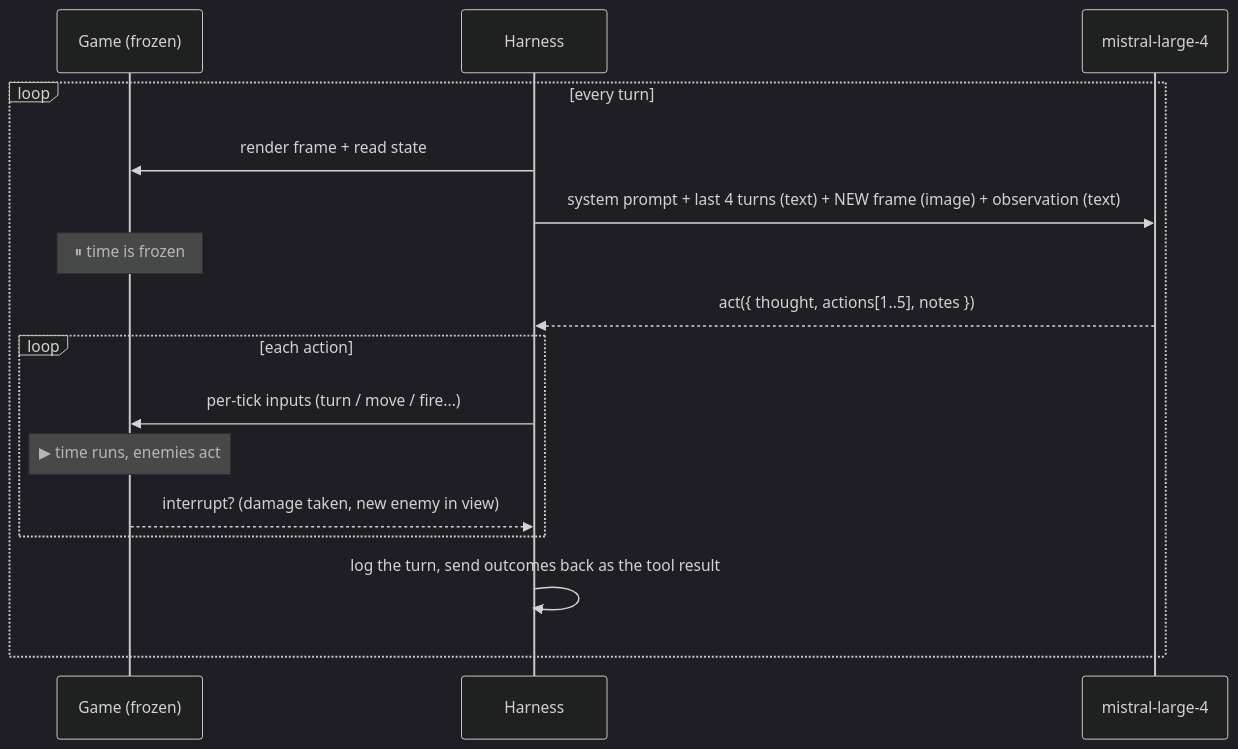
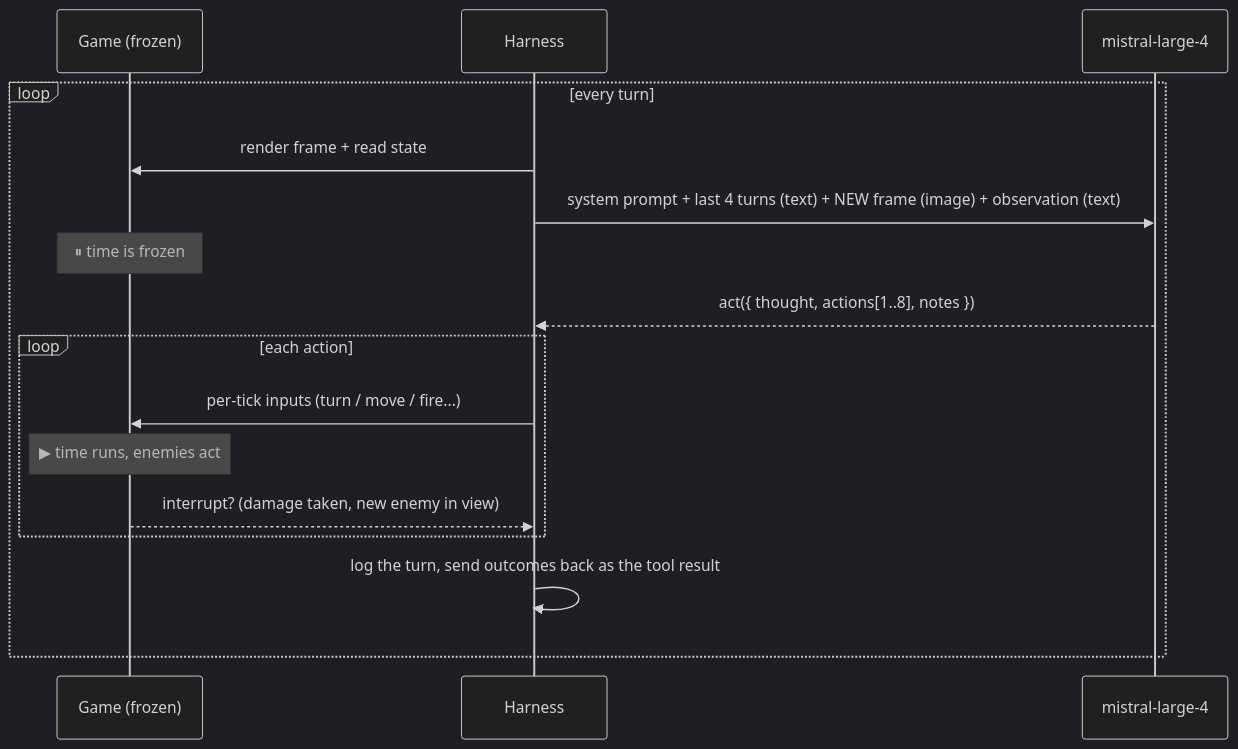
Before and after one commit to goums/chonk-doom: the diagram in README.md, drawn with Mermaid (dark theme). The commit also changed other lines of this file and 16 other files, not shown here.

````diff
--- a/README.md
+++ b/README.md
@@ -51,18 +53,18 @@
 ```mermaid
 sequenceDiagram
     participant G as Game (frozen)
     participant H as Harness
     participant M as mistral-large-4
     loop every turn
         H->>G: render frame + read state
         H->>M: system prompt + last 4 turns (text) + NEW frame (image) + observation (text)
         Note over G: ⏸ time is frozen
-        M-->>H: act({ thought, actions[1..5], notes })
+        M-->>H: act({ thought, actions[1..8], notes })
         loop each action
             H->>G: per-tick inputs (turn / move / fire...)
             Note over G: ▶ time runs, enemies act
             G-->>H: interrupt? (damage taken, new enemy in view)
         end
         H->>H: log the turn, send outcomes back as the tool result
     end
 ```
````
